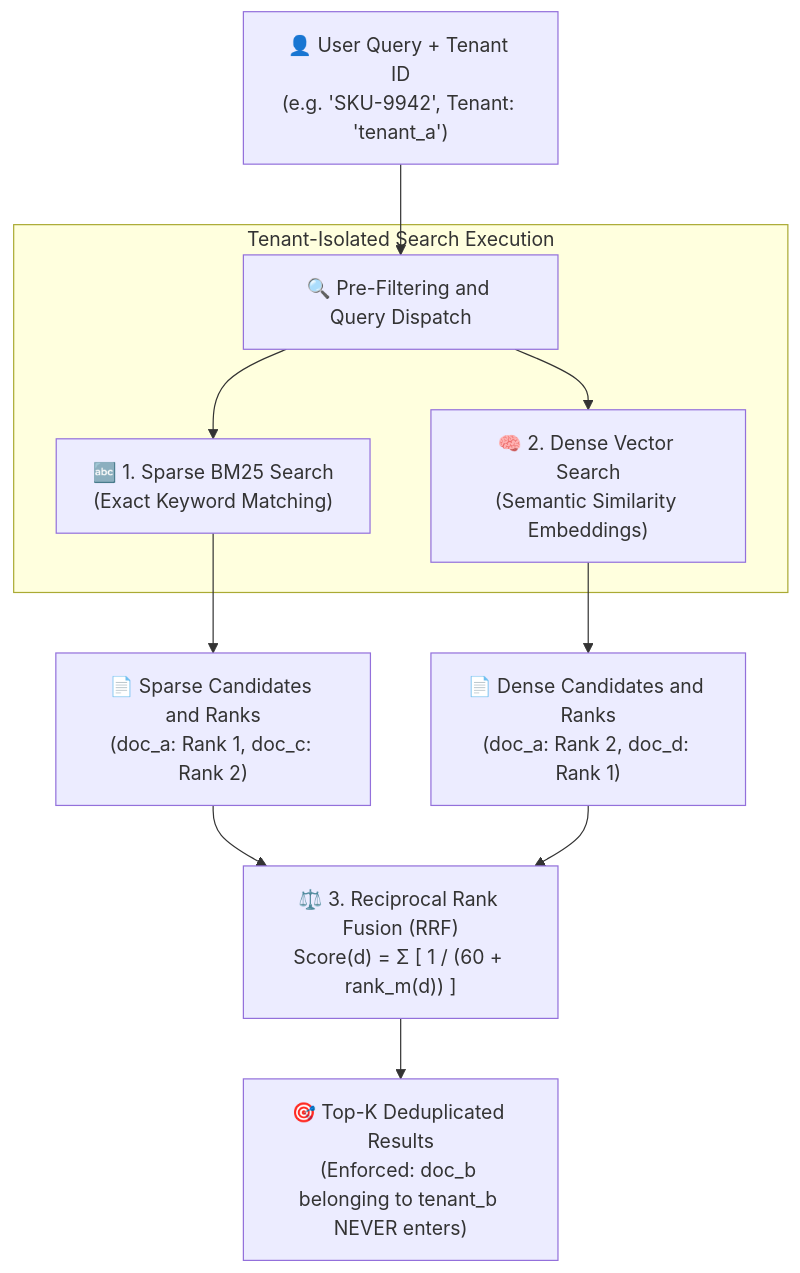
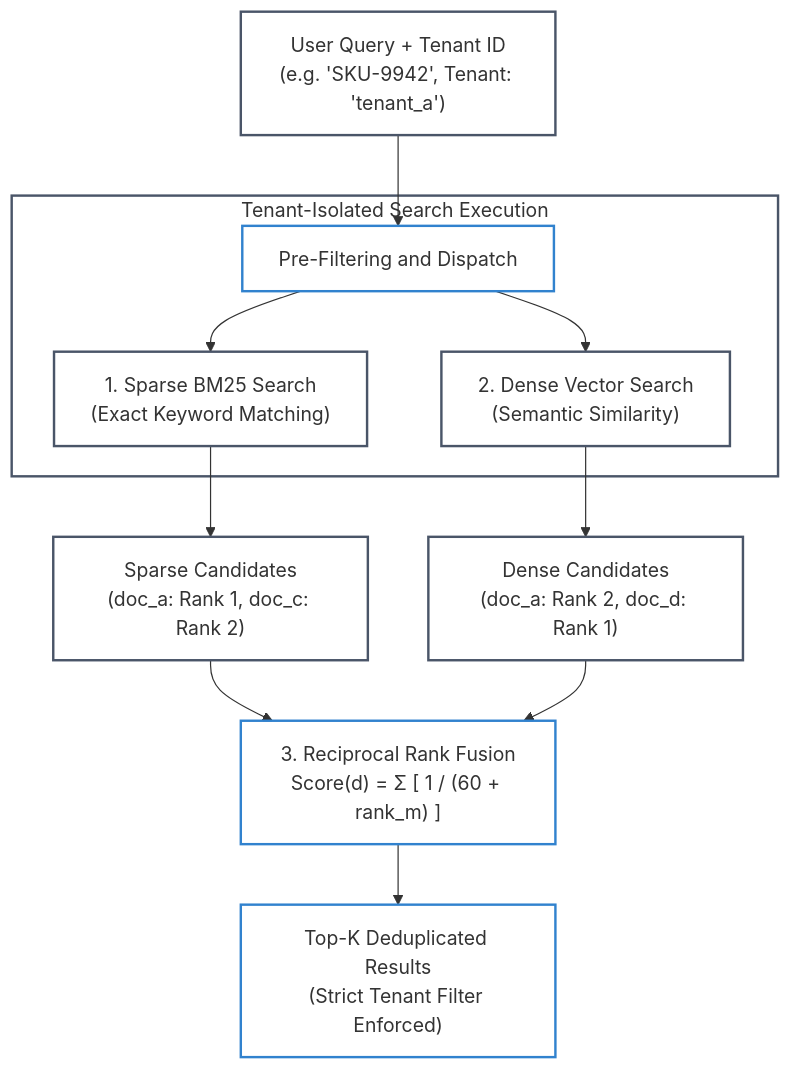
The diagram in labs/lab-01-multi-tenant-hybrid-rag.md (dip4k/senior-engineer-to-ai-engineer-roadmap), drawn with Mermaid before and after one commit. The commit also changed other lines of this file and 49 other files, not shown here.

First line of the commit message:
feat(curriculum): complete 2026 refactoring across roadmaps, use-cases, labs, and agent-forge

````diff
--- a/labs/lab-01-multi-tenant-hybrid-rag.md
+++ b/labs/lab-01-multi-tenant-hybrid-rag.md
@@ -19,17 +19,22 @@
 ```mermaid
 flowchart TD
-    UserQuery["👤 User Query + Tenant ID<br>(e.g. 'SKU-9942', Tenant: 'tenant_a')"] --> Ingestion["🔍 Pre-Filtering and Query Dispatch"]
+    classDef default fill:none,stroke:#4a5568,stroke-width:2px;
+    classDef highlight fill:none,stroke:#3182ce,stroke-width:2px;
+
+    UserQuery["User Query + Tenant ID<br>(e.g. 'SKU-9942', Tenant: 'tenant_a')"]:::default --> Ingestion["Pre-Filtering and Dispatch"]:::highlight
     
-    subgraph IsolatedSearch["Tenant-Isolated Search Execution"]
-        Ingestion --> SparseSearch["🔤 1. Sparse BM25 Search<br>(Exact Keyword Matching)"]
-        Ingestion --> DenseSearch["🧠 2. Dense Vector Search<br>(Semantic Similarity Embeddings)"]
+    subgraph IsolatedSearch ["Tenant-Isolated Search Execution"]
+        Ingestion --> SparseSearch["1. Sparse BM25 Search<br>(Exact Keyword Matching)"]:::default
+        Ingestion --> DenseSearch["2. Dense Vector Search<br>(Semantic Similarity)"]:::default
     end
     
-    SparseSearch --> SparseRanks["📄 Sparse Candidates and Ranks<br>(doc_a: Rank 1, doc_c: Rank 2)"]
-    DenseSearch --> DenseRanks["📄 Dense Candidates and Ranks<br>(doc_a: Rank 2, doc_d: Rank 1)"]
+    SparseSearch --> SparseRanks["Sparse Candidates<br>(doc_a: Rank 1, doc_c: Rank 2)"]:::default
+    DenseSearch --> DenseRanks["Dense Candidates<br>(doc_a: Rank 2, doc_d: Rank 1)"]:::default
     
-    SparseRanks --> RRF["⚖️ 3. Reciprocal Rank Fusion (RRF)<br>Score(d) = Σ [ 1 / (60 + rank_m(d)) ]"]
+    SparseRanks --> RRF["3. Reciprocal Rank Fusion<br>Score(d) = Σ [ 1 / (60 + rank_m) ]"]:::highlight
     DenseRanks --> RRF
     
-    RRF --> TopResults["🎯 Top-K Deduplicated Results<br>(Enforced: doc_b belonging to tenant_b NEVER enters)"]
+    RRF --> TopResults["Top-K Deduplicated Results<br>(Strict Tenant Filter Enforced)"]:::highlight
+
+    style IsolatedSearch fill:none,stroke:#4a5568,stroke-width:2px;
 ```
````
